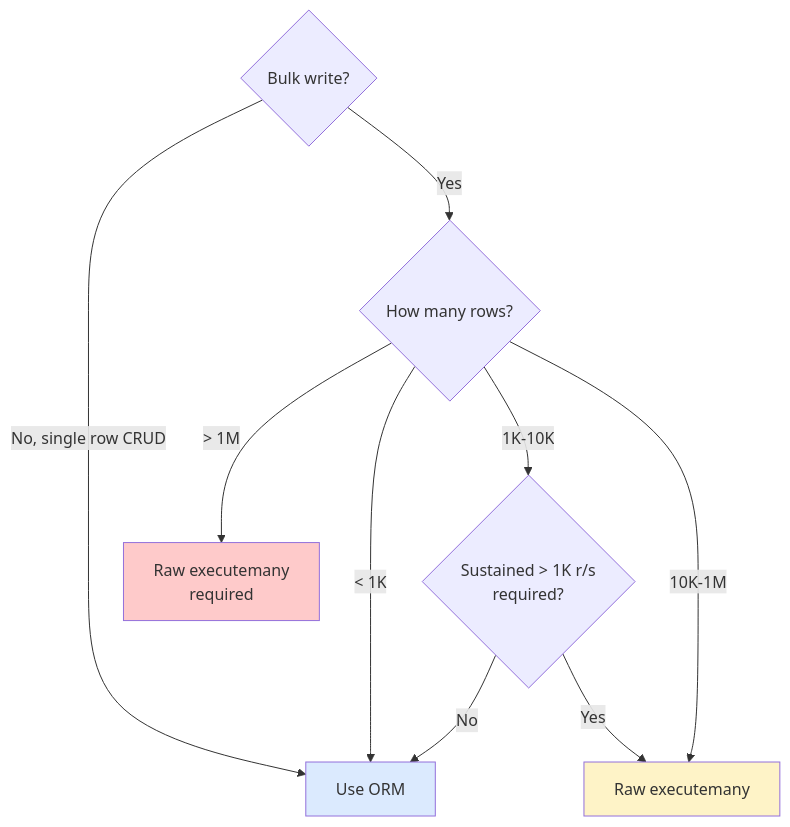
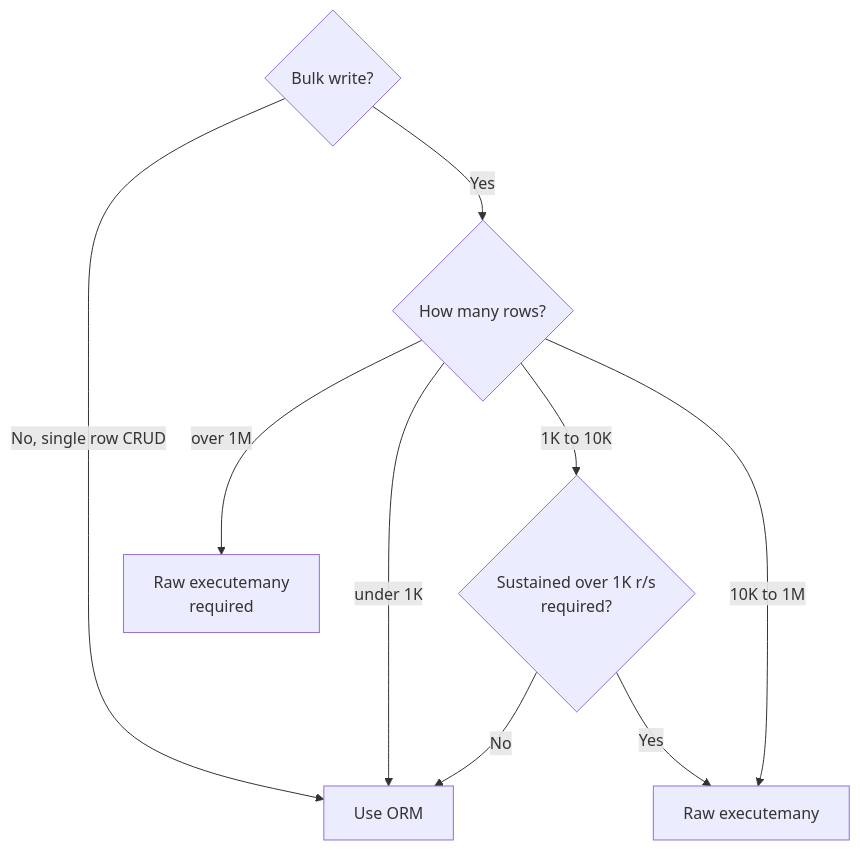
The fourth of 4 diagrams in ARTICLE.md (TanayK07/sqlite-orm-bench), drawn with Mermaid before and after one commit. The commit also changed other lines of this file, not shown here.

First line of the commit message:
docs: fix mermaid rendering, drop color fills

````diff
--- a/ARTICLE.md
+++ b/ARTICLE.md
@@ -481,15 +472,12 @@
 ```mermaid
 flowchart TD
-    Q{Bulk write?}
-    Q -->|No, single row CRUD| ORM[Use ORM]
-    Q -->|Yes| C{How many rows?}
-    C -->|< 1K| ORM
-    C -->|1K-10K| OK{Sustained > 1K r/s<br/>required?}
-    OK -->|No| ORM
-    OK -->|Yes| RAW[Raw executemany]
-    C -->|10K-1M| RAW
-    C -->|> 1M| RAW2[Raw executemany<br/>required]
-    style ORM fill:#dbeafe
-    style RAW fill:#fef3c7
-    style RAW2 fill:#fecaca
+    Q{"Bulk write?"}
+    Q -->|"No, single row CRUD"| ORM["Use ORM"]
+    Q -->|"Yes"| C{"How many rows?"}
+    C -->|"under 1K"| ORM
+    C -->|"1K to 10K"| OK{"Sustained over 1K r/s<br/>required?"}
+    OK -->|"No"| ORM
+    OK -->|"Yes"| RAW["Raw executemany"]
+    C -->|"10K to 1M"| RAW
+    C -->|"over 1M"| RAW2["Raw executemany<br/>required"]
 ```
````
